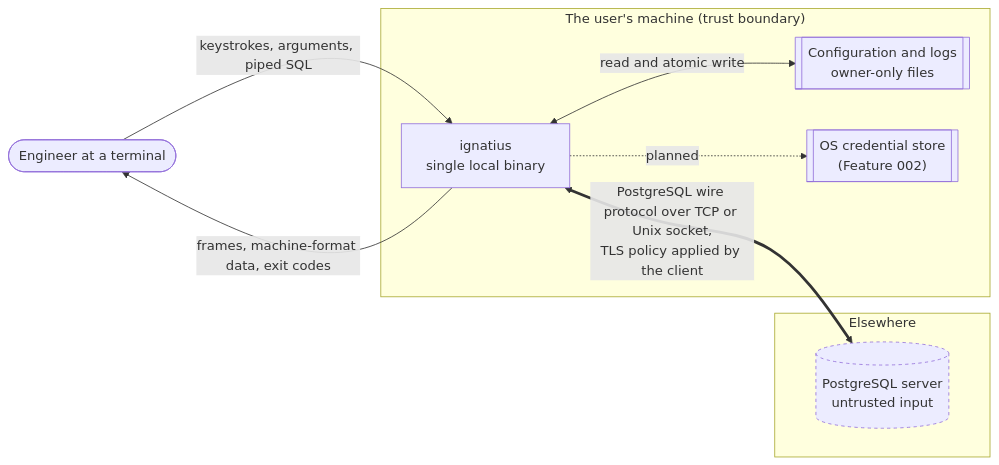
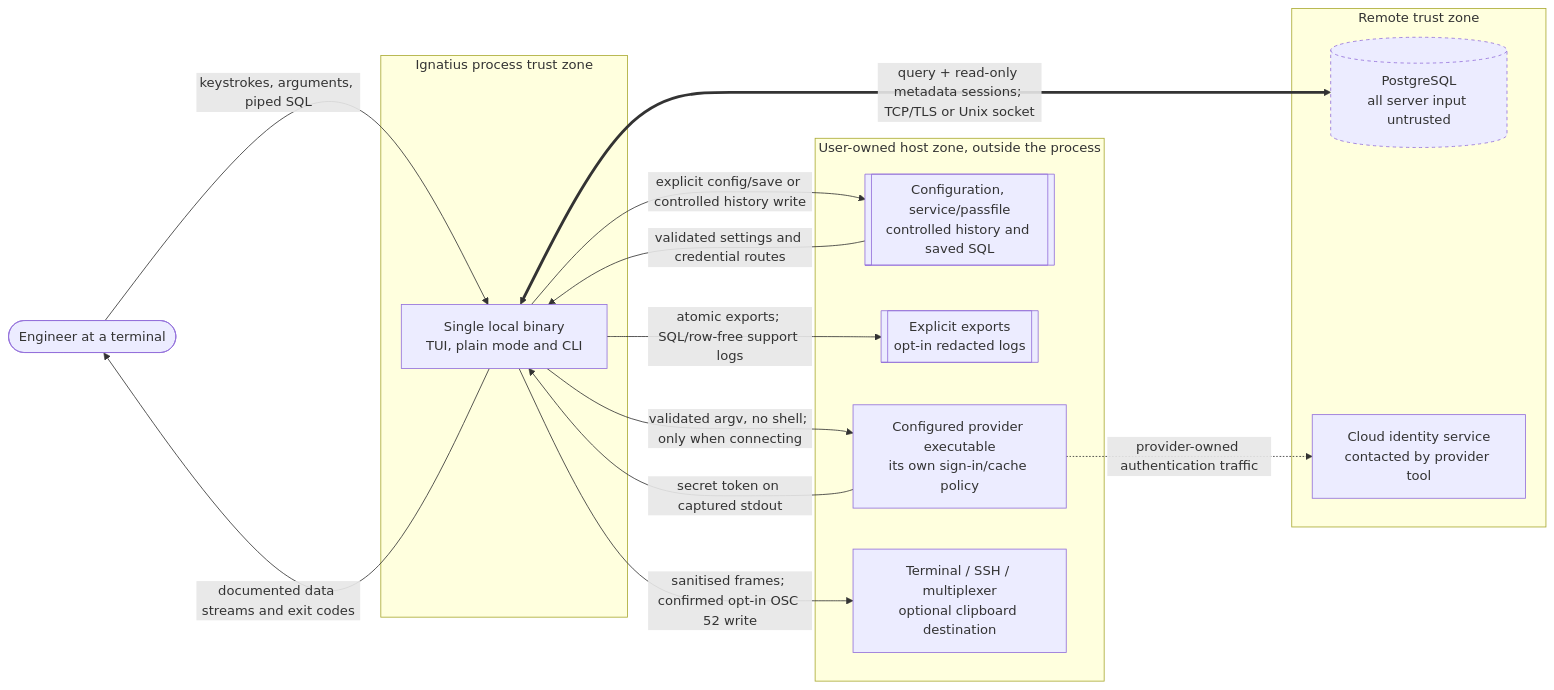
One commit to tkomane/ignatius changed the diagram in docs/architecture/context.md. Above: the diagram before and after it, drawn with Mermaid. The commit also changed other lines of this file and 159 other files, not shown here.

First line of the commit message:
Integrate verified interactive client roadmap

````diff
--- a/docs/architecture/context.md
+++ b/docs/architecture/context.md
@@ -3,23 +8,37 @@
 ```mermaid
 flowchart LR
+    %% Assumption: one local user selects the target and owns configuration.
+    %% Provider programs and terminals have their own caches/retention outside Ignatius.
+    %% Open evidence: native provider launch, per-cloud accounts, terminal clipboard acceptance.
     user(["Engineer at a terminal"])
 
-    subgraph machine["The user's machine (trust boundary)"]
-        app["ignatius<br/>single local binary"]
-        config[["Configuration and logs<br/>owner-only files"]]
-        store[["OS credential store<br/>(Feature 002)"]]
+    subgraph process["Ignatius process trust zone"]
+        app["Single local binary<br/>TUI, plain mode and CLI"]
     end
 
-    subgraph elsewhere["Elsewhere"]
-        pg[("PostgreSQL server<br/>untrusted input")]
+    subgraph local["User-owned host zone, outside the process"]
+        config[["Configuration, service/passfile<br/>controlled history and saved SQL"]]
+        outputs[["Explicit exports<br/>opt-in redacted logs"]]
+        provider["Configured provider executable<br/>its own sign-in/cache policy"]
+        terminal["Terminal / SSH / multiplexer<br/>optional clipboard destination"]
+    end
+
+    subgraph remote["Remote trust zone"]
+        pg[("PostgreSQL<br/>all server input untrusted")]
+        identity["Cloud identity service<br/>contacted by provider tool"]
     end
 
     user -->|"keystrokes, arguments, piped SQL"| app
-    app -->|"frames, machine-format data, exit codes"| user
-    app <-->|"read and atomic write"| config
-    app -.->|"planned"| store
-    app <==>|"PostgreSQL wire protocol over TCP or Unix socket,<br/>TLS policy applied by the client"| pg
+    app -->|"documented data streams and exit codes"| user
+    config -->|"validated settings and credential routes"| app
+    app -->|"explicit config/save or controlled history write"| config
+    app -->|"atomic exports; SQL/row-free support logs"| outputs
+    app -->|"validated argv, no shell; only when connecting"| provider
+    provider -->|"secret token on captured stdout"| app
+    provider -.->|"provider-owned authentication traffic"| identity
+    app -->|"sanitised frames; confirmed opt-in OSC 52 write"| terminal
+    app <==>|"query + read-only metadata sessions; TCP/TLS or Unix socket"| pg
 
     classDef untrusted stroke-dasharray: 4 4
     class pg untrusted
 ```
````
